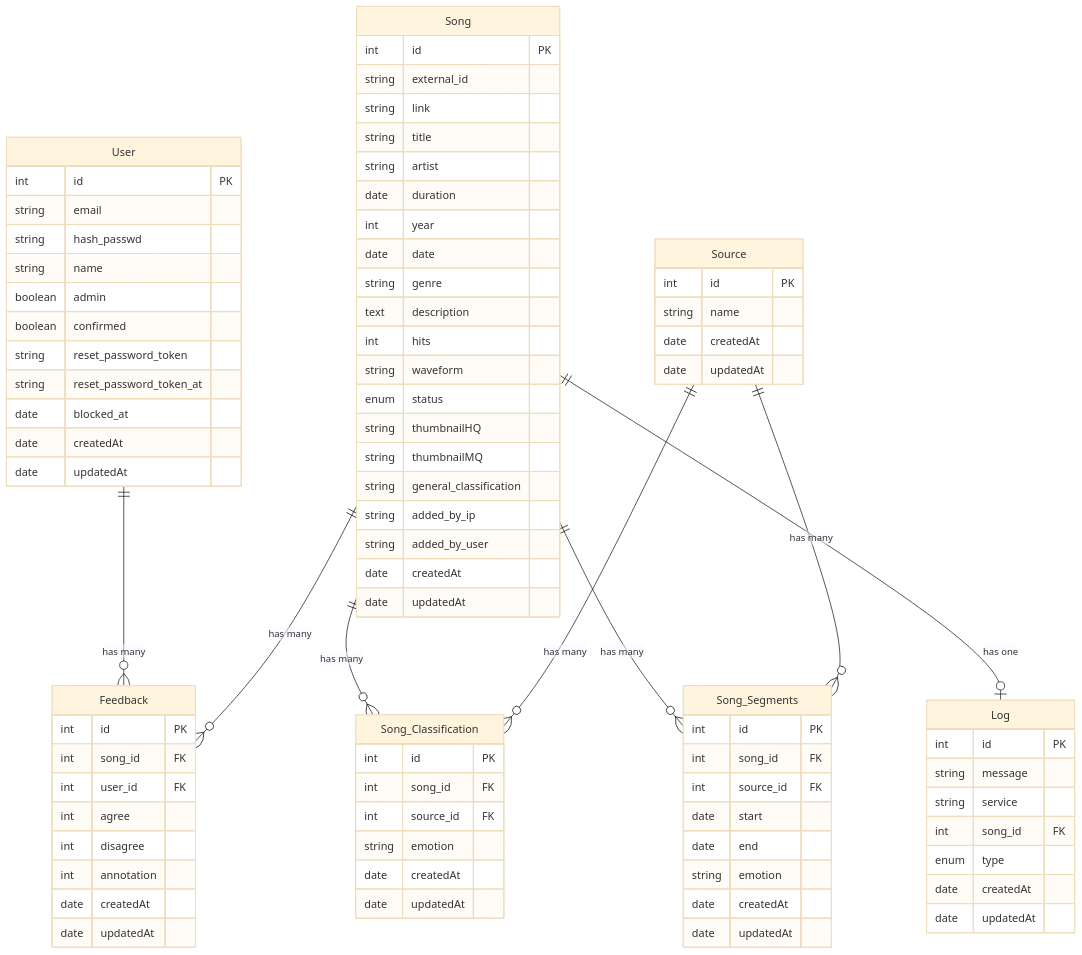
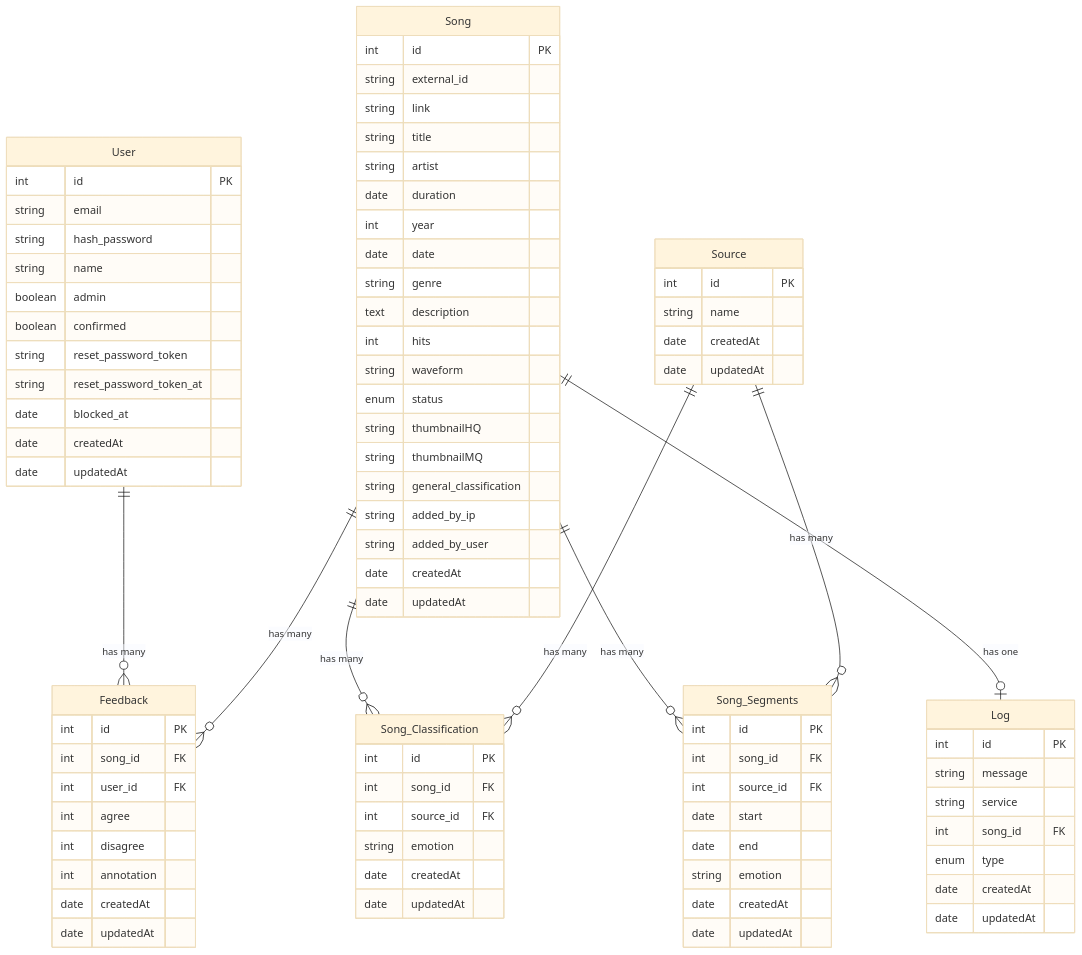
One commit to mer-team/mermaid-bk changed the diagram in REVIEW.md. Above: the diagram before and after it, drawn with Mermaid (base theme).

Commit message:
refactor(api): correct property name for password in user diagram #21

```diff
--- a/REVIEW.md
+++ b/REVIEW.md
@@ -115,7 +115,7 @@
     User {
         int id PK
         string email
-        string hash_passwd
+        string hash_password
         string name
         boolean admin
         boolean confirmed
```
